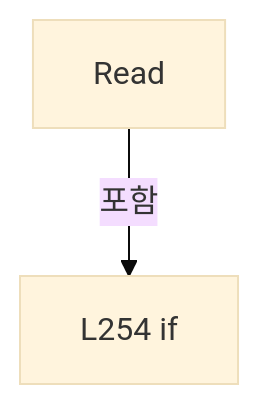
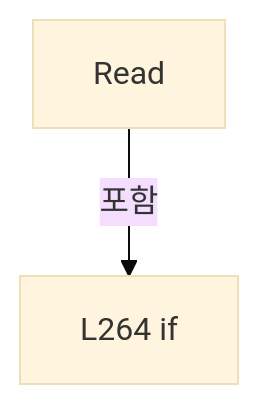
One commit to kjuws10-rgb/Shared changed the tenth of 22 diagrams in A3 LD Code Ref/files/Drilling.Common/Correction/CAlignInterpolation.cs.md. Above: the diagram before and after it, drawn with Mermaid (base theme). The commit also changed other lines of this file and 2071 other files, not shown here.

Commit message:
docs(a3): update 11.19.0 architecture and code reference

````diff
--- a/A3 LD Code Ref/files/Drilling.Common/Correction/CAlignInterpolation.cs.md
+++ b/A3 LD Code Ref/files/Drilling.Common/Correction/CAlignInterpolation.cs.md
@@ -2166,6 +2255,6 @@
 ```mermaid
 flowchart TD
  M["Read"]
- N0["L254 if"]
+ N0["L264 if"]
  M -->|포함| N0
 ```
````
